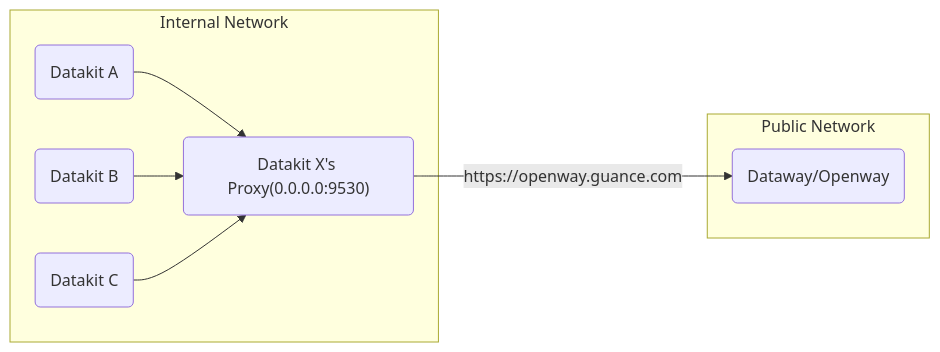
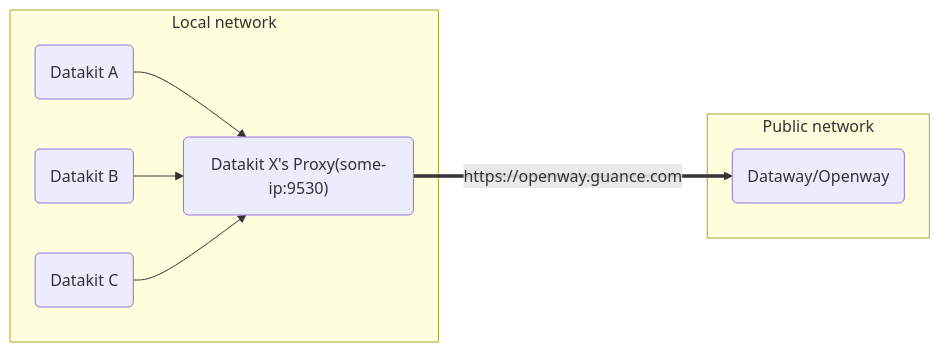
The diagram in docs/en/integrations/proxy.md (GuanceCloud/guance-docs), drawn with Mermaid before and after one commit. The commit also changed other lines of this file and 209 other files, not shown here.

````diff
--- a/docs/en/integrations/proxy.md
+++ b/docs/en/integrations/proxy.md
@@ -93,18 +68,18 @@
 ``` mermaid
 flowchart LR;
 dk_A(Datakit A);
 dk_B(Datakit B);
 dk_C(Datakit C);
-dk_X_proxy("Datakit X's Proxy(0.0.0.0:9530)");
+dk_X_proxy("Datakit X's Proxy(some-ip:9530)");
 dw(Dataway/Openway);
 
-subgraph "Internal Network"
+subgraph "Local network"
 dk_A --> dk_X_proxy;
 dk_B --> dk_X_proxy;
 dk_C --> dk_X_proxy;
 end
 
-subgraph "Public Network"
-dk_X_proxy --> |https://openway.guance.com|dw;
+subgraph "Public network"
+dk_X_proxy ==> |https://openway.guance.com|dw;
 end
 ```
````
